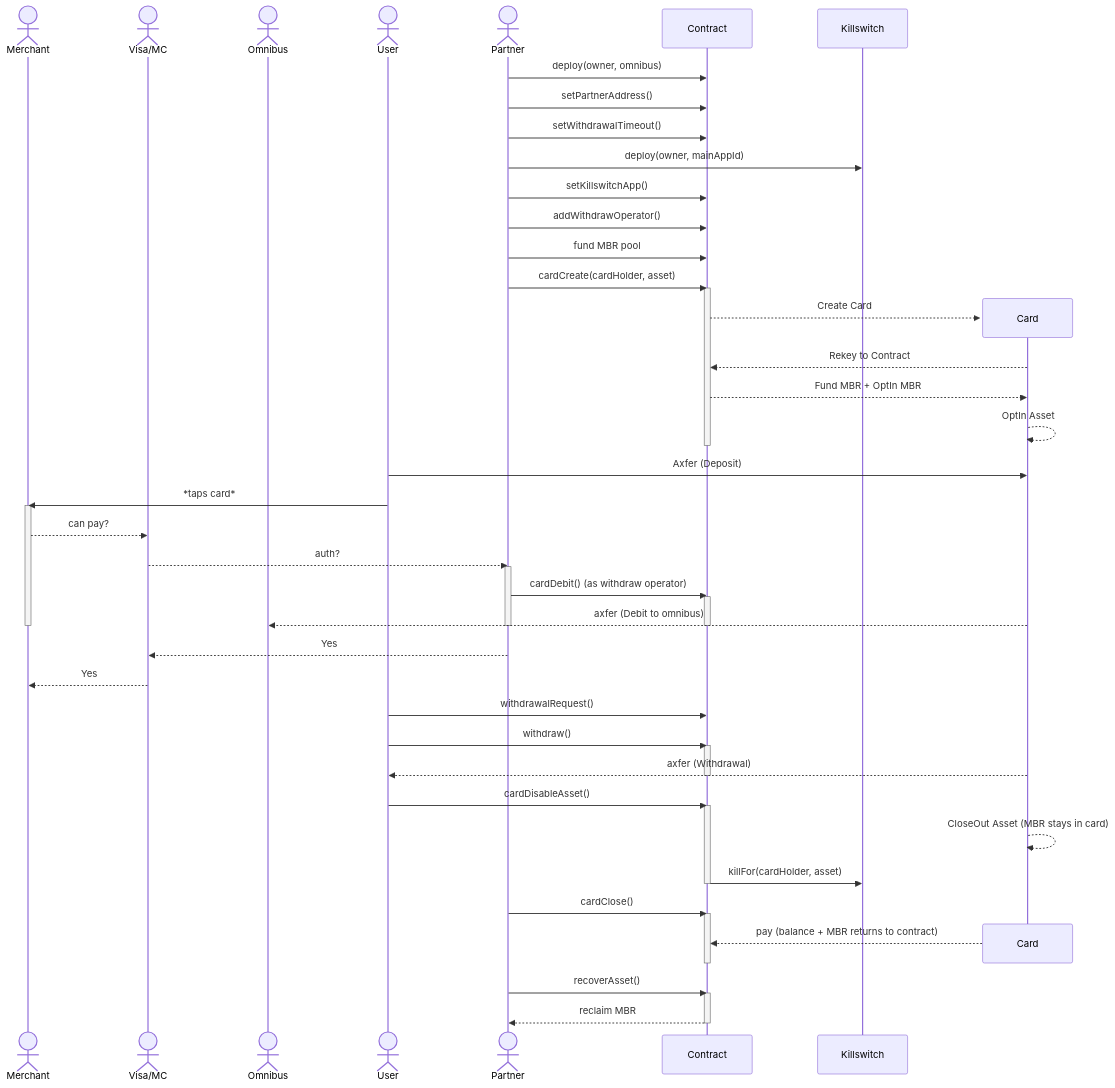
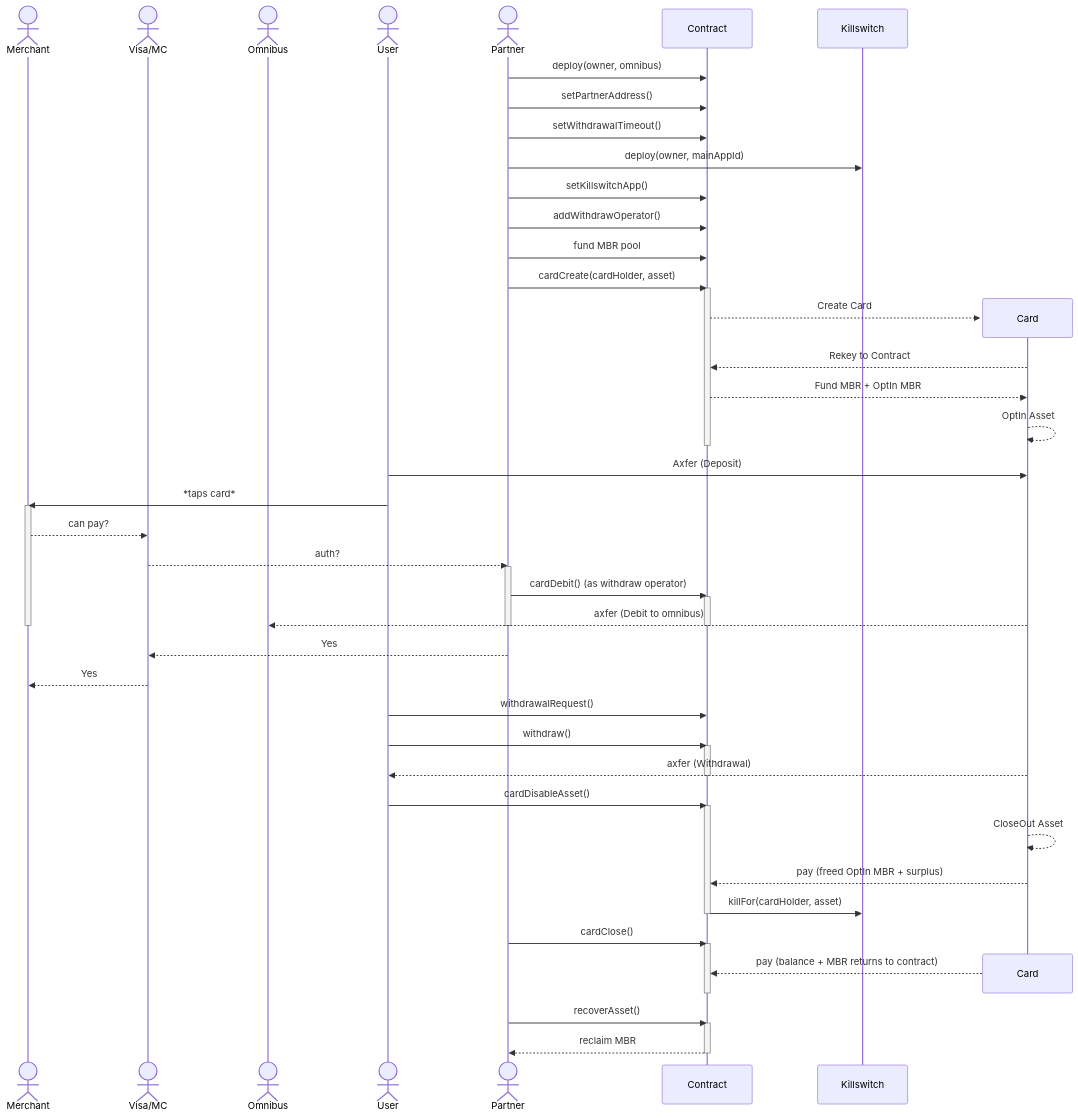
The second of 2 diagrams in projects/auto-draw-card/README.md (algorandfoundation/auto-draw-card), drawn with Mermaid before and after one commit. The commit also changed other lines of this file and 7 other files, not shown here.

First line of the commit message:
feat: enhance card asset management with automatic funding and improved error handling

````diff
--- a/projects/auto-draw-card/README.md
+++ b/projects/auto-draw-card/README.md
@@ -260,58 +260,59 @@
 ```mermaid
 sequenceDiagram
     actor Merchant
     actor Visa/MC
     actor Omnibus
     actor User
     actor Partner
     participant Contract
     participant Killswitch
     Partner->>Contract: deploy(owner, omnibus)
     Partner->>Contract: setPartnerAddress()
     Partner->>Contract: setWithdrawalTimeout()
     Partner->>Killswitch: deploy(owner, mainAppId)
     Partner->>Contract: setKillswitchApp()
     Partner->>Contract: addWithdrawOperator()
     Partner->>Contract: fund MBR pool
     Partner->>Contract: cardCreate(cardHolder, asset)
     activate Contract
     create participant Card
     Contract-->>Card: Create Card
     Card-->>Contract: Rekey to Contract
     Contract-->>Card: Fund MBR + OptIn MBR
     Card-->>Card: OptIn Asset
     deactivate Contract
     User->>Card: Axfer (Deposit)
     User->>Merchant: *taps card*
     activate Merchant
     Merchant-->>Visa/MC: can pay?
     Visa/MC-->>Partner: auth?
     activate Partner
     Partner->>Contract: cardDebit() (as withdraw operator)
     activate Contract
     Card-->>Omnibus: axfer (Debit to omnibus)
     deactivate Partner
     deactivate Merchant
     deactivate Contract
     Partner-->>Visa/MC: Yes
     Visa/MC-->>Merchant: Yes
     User->>Contract: withdrawalRequest()
     User->>Contract: withdraw()
     activate Contract
     Card-->>User: axfer (Withdrawal)
     deactivate Contract
     User->>Contract: cardDisableAsset()
     activate Contract
-    Card-->>Card: CloseOut Asset (MBR stays in card)
+    Card-->>Card: CloseOut Asset
+    Card-->>Contract: pay (freed OptIn MBR + surplus)
     Contract->>Killswitch: killFor(cardHolder, asset)
     deactivate Contract
     Partner->>Contract: cardClose()
     activate Contract
     destroy Card
     Card-->>Contract: pay (balance + MBR returns to contract)
     deactivate Contract
     Partner->>Contract: recoverAsset()
     activate Contract
     Contract-->>Partner: reclaim MBR
     deactivate Contract
 ```
````
